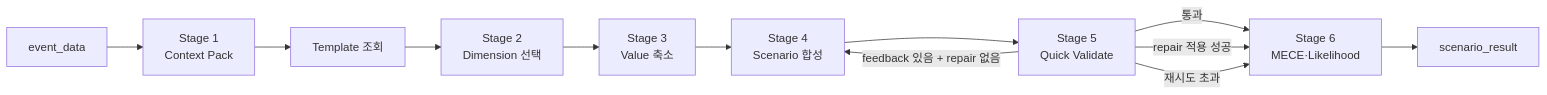
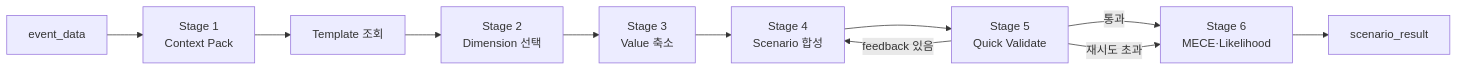
The second of 8 diagrams in docs/architectures/scenario_group_agent_flow_pipeline.md (enkhbaatarL/skmip-mi-agent), drawn with Mermaid before and after one commit. The commit also changed other lines of this file and 15 other files, not shown here.

First line of the commit message:
feat: enhance scenario generation flow with new row details

````diff
--- a/docs/architectures/scenario_group_agent_flow_pipeline.md
+++ b/docs/architectures/scenario_group_agent_flow_pipeline.md
@@ -150,14 +150,13 @@
 ```mermaid
 flowchart LR
     A[event_data] --> B[Stage 1<br/>Context Pack]
     B --> C[Template 조회]
     C --> D[Stage 2<br/>Dimension 선택]
     D --> E[Stage 3<br/>Value 축소]
     E --> F[Stage 4<br/>Scenario 합성]
     F --> G[Stage 5<br/>Quick Validate]
     G -->|통과| H[Stage 6<br/>MECE·Likelihood]
-    G -->|repair 적용 성공| H
-    G -->|feedback 있음 + repair 없음| F
+    G -->|feedback 있음| F
     G -->|재시도 초과| H
     H --> I[scenario_result]
 ```
````
